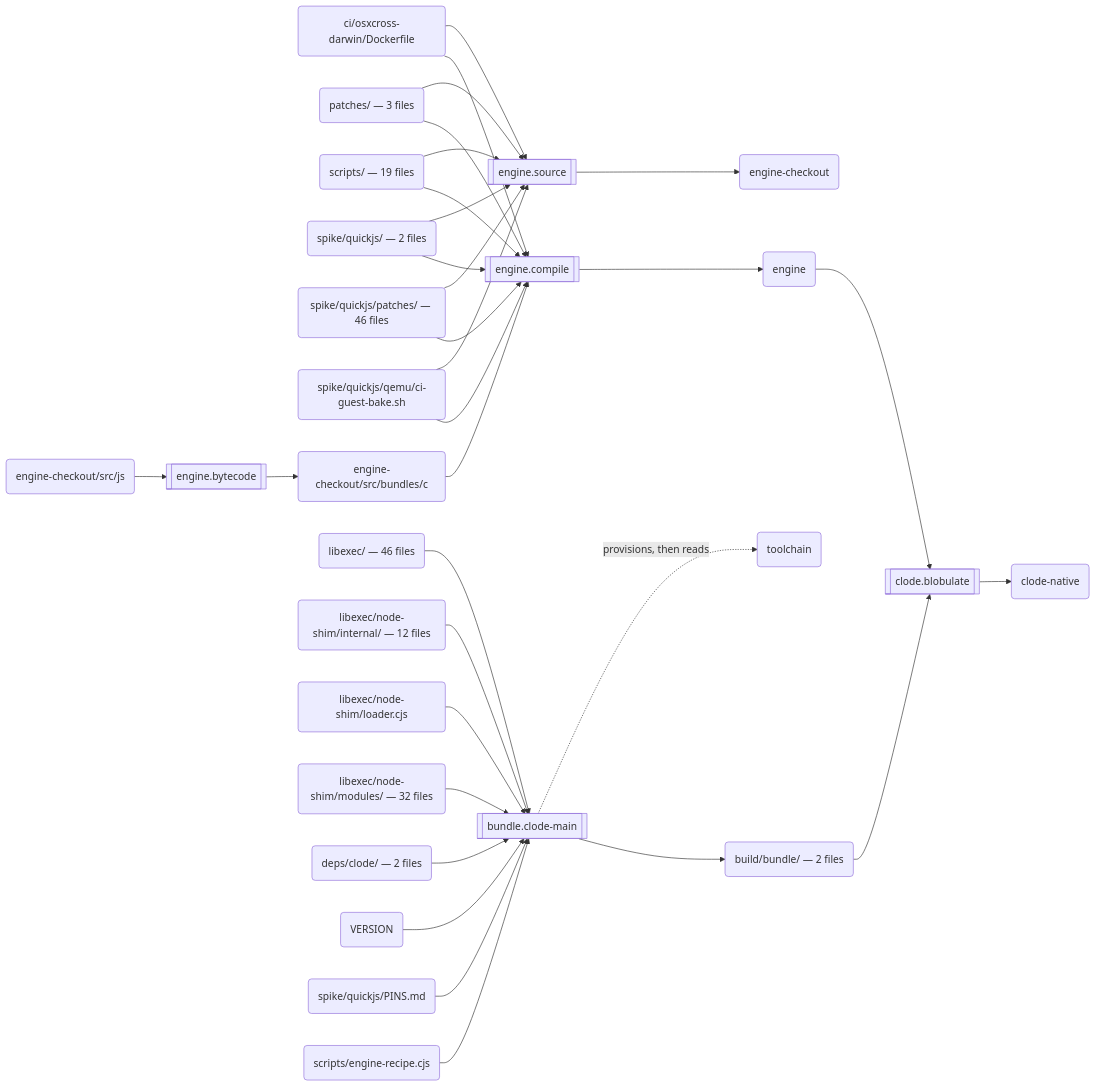
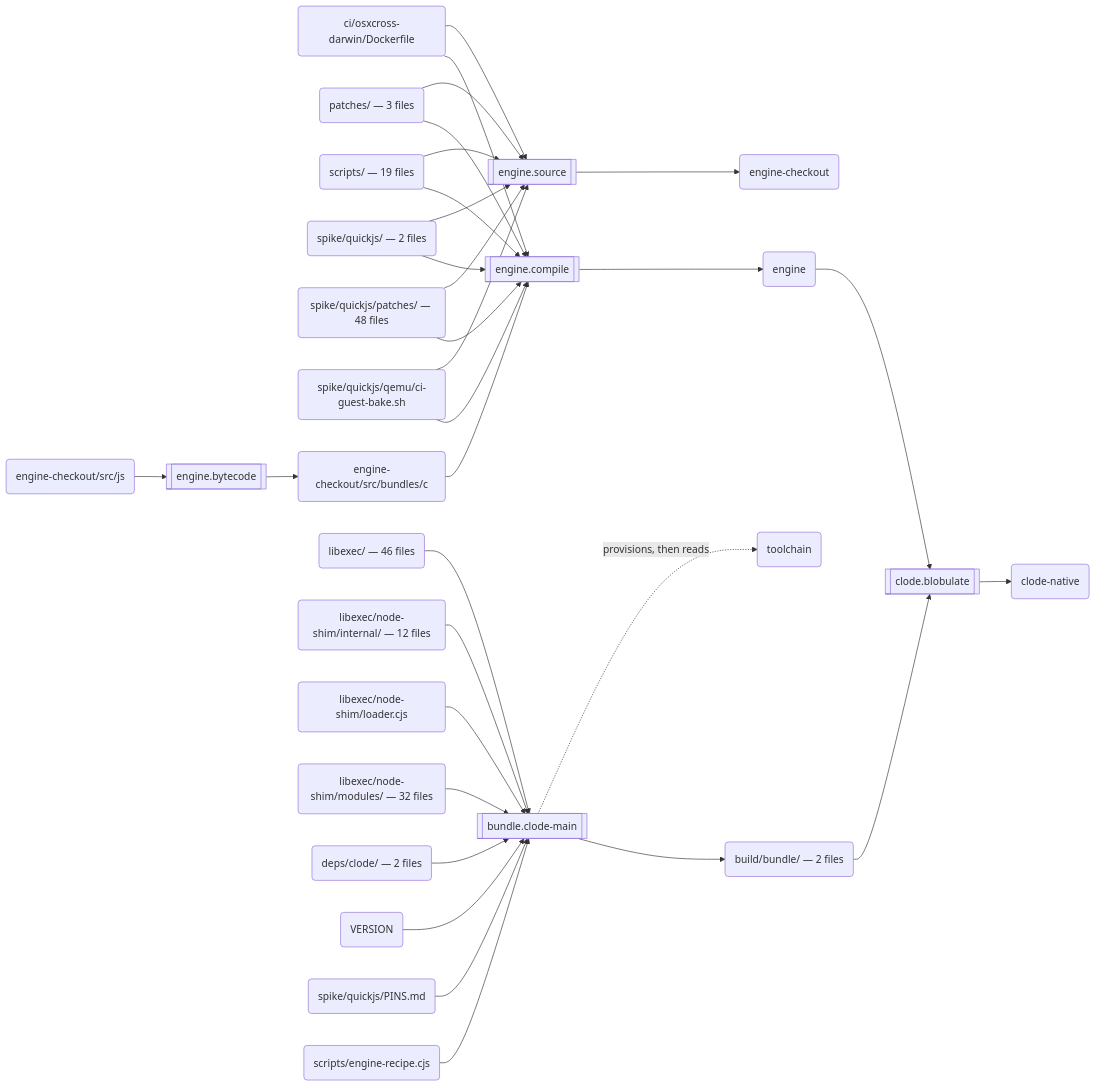
One commit to schmonz/clode changed the second of 3 diagrams in docs/build.md. Above: the diagram before and after it, drawn with Mermaid. The commit also changed other lines of this file and 14 other files, not shown here.

````diff
--- a/docs/build.md
+++ b/docs/build.md
@@ -123,59 +123,59 @@
 ```mermaid
 flowchart LR
   s0[["engine.source"]]
   a0("ci/osxcross-darwin/Dockerfile")
   a1("patches/ — 3 files")
   a2("scripts/ — 19 files")
   a3("spike/quickjs/ — 2 files")
-  a4("spike/quickjs/patches/ — 46 files")
+  a4("spike/quickjs/patches/ — 48 files")
   a5("spike/quickjs/qemu/ci-guest-bake.sh")
   a6("engine-checkout")
   s1[["engine.bytecode"]]
   a7("engine-checkout/src/js")
   a8("engine-checkout/src/bundles/c")
   s2[["engine.compile"]]
   a9("engine")
   s3[["bundle.clode-main"]]
   a10("libexec/ — 46 files")
   a11("libexec/node-shim/internal/ — 12 files")
   a12("libexec/node-shim/loader.cjs")
   a13("libexec/node-shim/modules/ — 32 files")
   a14("deps/clode/ — 2 files")
   a15("VERSION")
   a16("spike/quickjs/PINS.md")
   a17("scripts/engine-recipe.cjs")
   a18("toolchain")
   a19("build/bundle/ — 2 files")
   s4[["clode.blobulate"]]
   a20("clode-native")
   a0 --> s0
   a1 --> s0
   a2 --> s0
   a3 --> s0
   a4 --> s0
   a5 --> s0
   s0 --> a6
   a7 --> s1
   s1 --> a8
   a8 --> s2
   a0 --> s2
   a1 --> s2
   a2 --> s2
   a3 --> s2
   a4 --> s2
   a5 --> s2
   s2 --> a9
   a10 --> s3
   a11 --> s3
   a12 --> s3
   a13 --> s3
   a14 --> s3
   a15 --> s3
   a16 --> s3
   a17 --> s3
   s3 -.->|"provisions, then reads"| a18
   s3 --> a19
   a9 --> s4
   a19 --> s4
   s4 --> a20
 ```
````
